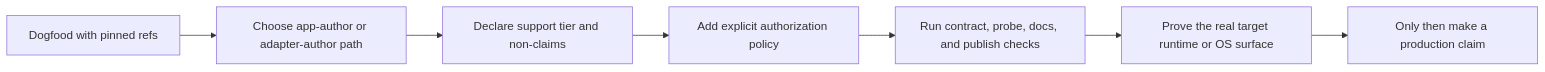
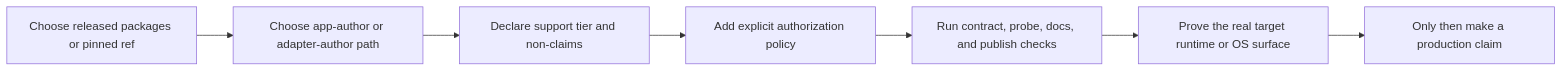
Before and after one commit to Arenukvern/intentcall: the diagram in PRE_RELEASE.md, drawn with Mermaid. The commit also changed other lines of this file and 38 other files, not shown here.

````diff
--- a/PRE_RELEASE.md
+++ b/PRE_RELEASE.md
@@ -12,9 +21,9 @@
 ```mermaid
 flowchart LR
-  dogfood["Dogfood with pinned refs"] --> path["Choose app-author or adapter-author path"]
+  choose["Choose released packages or pinned ref"] --> path["Choose app-author or adapter-author path"]
   path --> tier["Declare support tier and non-claims"]
   tier --> auth["Add explicit authorization policy"]
   auth --> checks["Run contract, probe, docs, and publish checks"]
   checks --> runtime["Prove the real target runtime or OS surface"]
   runtime --> claim["Only then make a production claim"]
 ```
````
